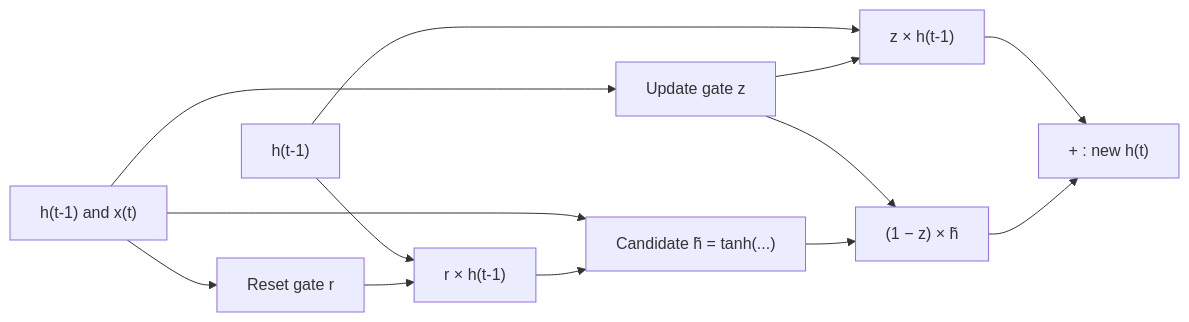
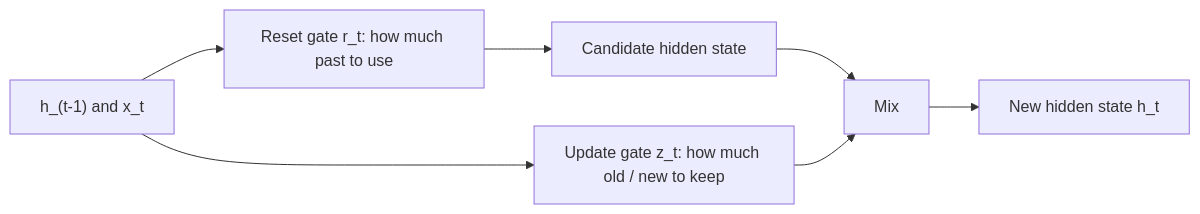
The diagram in content/deep-learning/pyq/2023-12/q2a.mdx (TrendySloth1001/sem-seven-notes), drawn with Mermaid before and after one commit. The commit also changed other lines of this file and 186 other files, not shown here.

````diff
--- a/content/deep-learning/pyq/2023-12/q2a.mdx
+++ b/content/deep-learning/pyq/2023-12/q2a.mdx
@@ -19,16 +13,10 @@
 ```mermaid
-%% caption: GRU cell. The update gate z mixes z of the old state with 1 − z of the new candidate; the reset gate r controls how much old state the candidate sees.
+%% caption: One GRU step. The reset gate shapes the candidate, the update gate mixes old and new.
 flowchart LR
-  IN["h(t-1) and x(t)"] --> Z["Update gate z"]
-  IN --> R["Reset gate r"]
-  IN --> C
-  H0["h(t-1)"] --> RH["r × h(t-1)"]
-  R --> RH
-  RH --> C["Candidate h̃ = tanh(...)"]
-  H0 --> K["z × h(t-1)"]
-  Z --> K
-  Z --> N["(1 − z) × h̃"]
-  C --> N
-  K --> A["+ : new h(t)"]
-  N --> A
+  A["h_(t-1) and x_t"] --> R["Reset gate r_t: how much past to use"]
+  R --> C["Candidate hidden state"]
+  A --> U["Update gate z_t: how much old / new to keep"]
+  C --> M["Mix"]
+  U --> M
+  M --> H["New hidden state h_t"]
 ```
````
